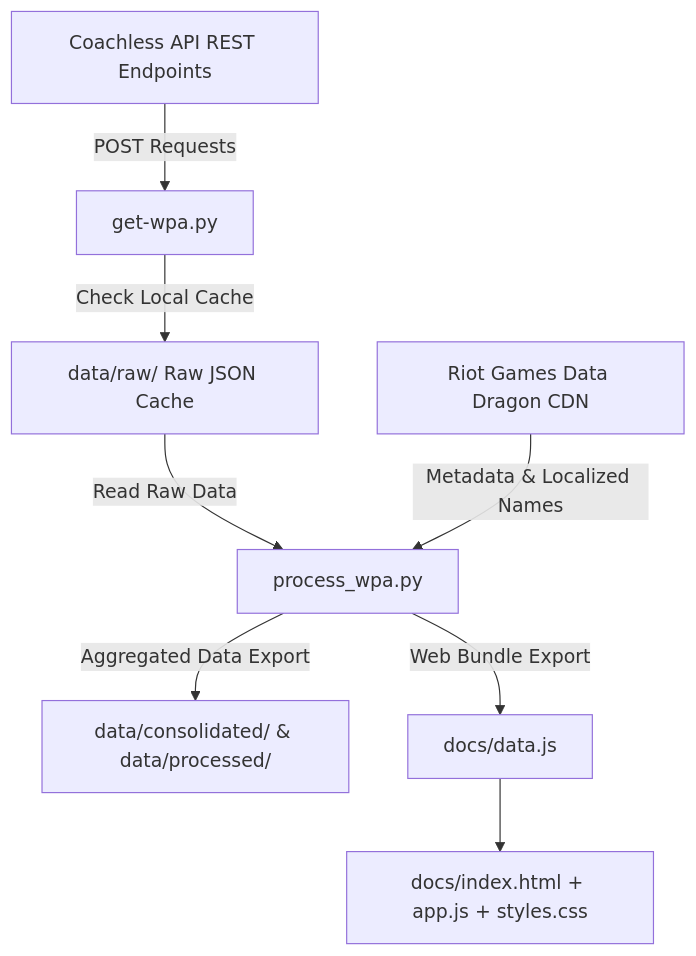
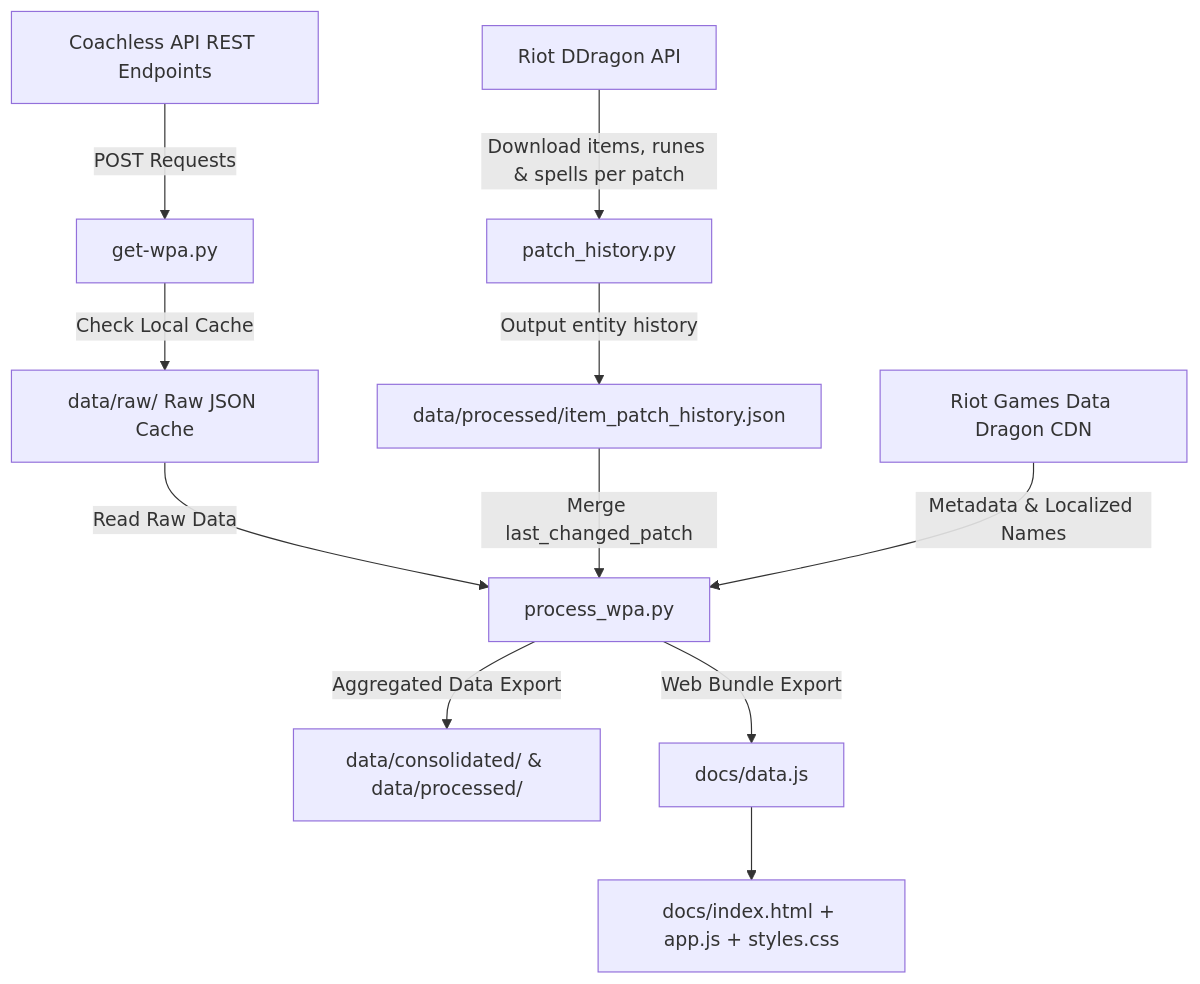
The diagram in memory-bank/systemPatterns.md (Zinko5/Zinkoachless), drawn with Mermaid before and after one commit. The commit also changed other lines of this file and 13 other files, not shown here.

````diff
--- a/memory-bank/systemPatterns.md
+++ b/memory-bank/systemPatterns.md
@@ -5,10 +5,13 @@
 ```mermaid
 flowchart TD
     A[Coachless API REST Endpoints] -->|POST Requests| B[get-wpa.py]
     B -->|Check Local Cache| C[data/raw/ Raw JSON Cache]
+    DDragon[Riot DDragon API] -->|Download items, runes & spells per patch| DDiff[patch_history.py]
+    DDiff -->|Output entity history| DHist[data/processed/item_patch_history.json]
     C -->|Read Raw Data| D[process_wpa.py]
+    DHist -->|Merge last_changed_patch| D
     E[Riot Games Data Dragon CDN] -->|Metadata & Localized Names| D
     D -->|Aggregated Data Export| F[data/consolidated/ & data/processed/]
     D -->|Web Bundle Export| G[docs/data.js]
     G --> H[docs/index.html + app.js + styles.css]
 ```
````
